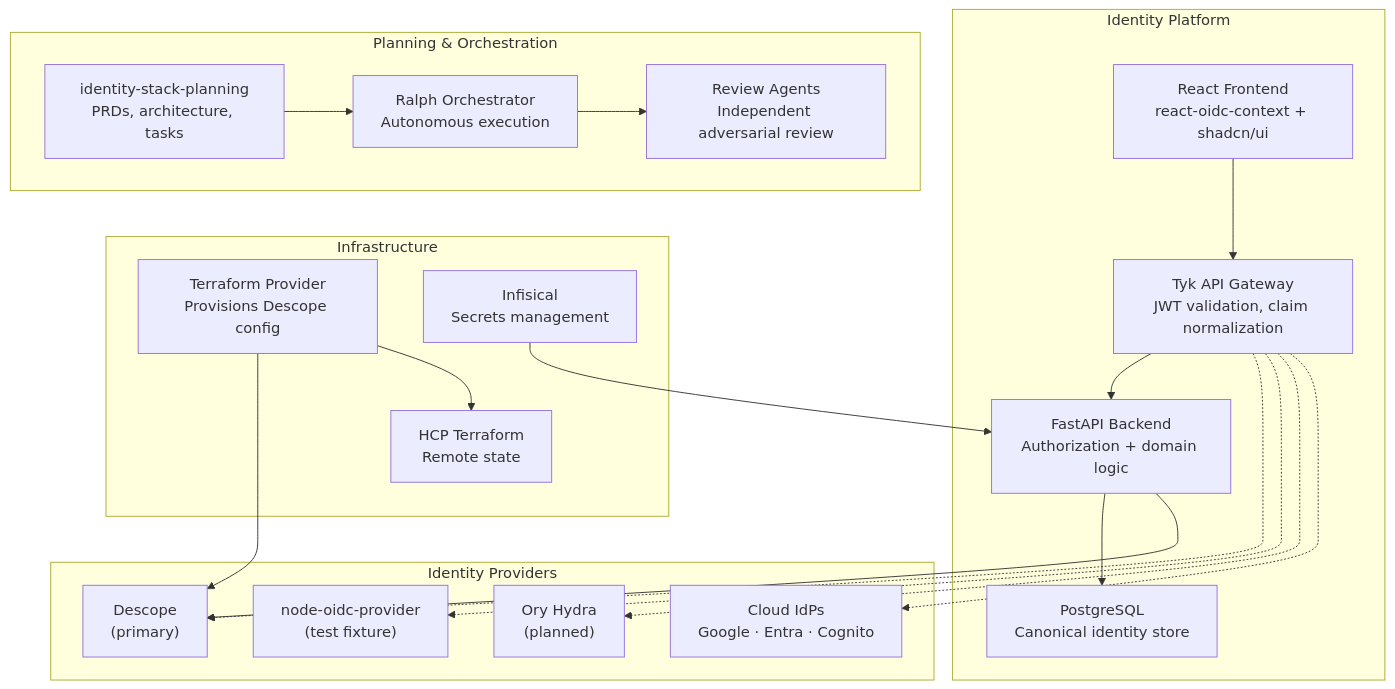
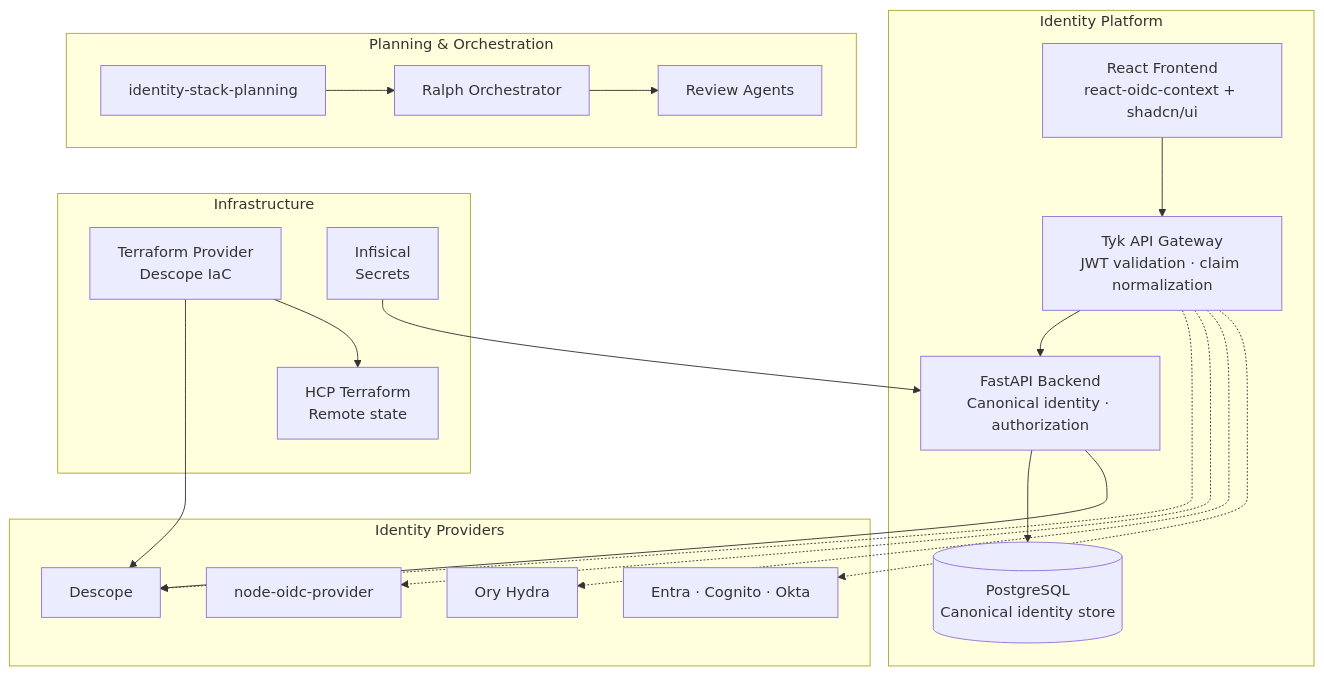
The first of 4 diagrams in README.md (jamescrowley321/identity-stack-planning), drawn with Mermaid before and after one commit. The commit also changed other lines of this file and 13 other files, not shown here.

````diff
--- a/README.md
+++ b/README.md
@@ -11,42 +11,35 @@
 ```mermaid
 graph TB
     subgraph app["Identity Platform"]
         FE["React Frontend<br/>react-oidc-context + shadcn/ui"]
-        GW["Tyk API Gateway<br/>JWT validation, claim normalization"]
-        BE["FastAPI Backend<br/>Authorization + domain logic"]
-        DB["PostgreSQL<br/>Canonical identity store"]
+        GW["Tyk API Gateway<br/>JWT validation · claim normalization"]
+        BE["FastAPI Backend<br/>Canonical identity · authorization"]
+        DB[("PostgreSQL<br/>Canonical identity store")]
     end
 
     subgraph providers["Identity Providers"]
-        DESC["Descope<br/>(primary)"]
-        OIDC["node-oidc-provider<br/>(test fixture)"]
-        ORY["Ory Hydra<br/>(planned)"]
-        CLOUD["Cloud IdPs<br/>Google · Entra · Cognito"]
+        DESC["Descope"]
+        OIDC["node-oidc-provider"]
+        ORY["Ory Hydra"]
+        CLOUD["Entra · Cognito · Okta"]
     end
 
     subgraph infra["Infrastructure"]
-        TF["Terraform Provider<br/>Provisions Descope config"]
-        INF["Infisical<br/>Secrets management"]
+        TF["Terraform Provider<br/>Descope IaC"]
+        INF["Infisical<br/>Secrets"]
         HCP["HCP Terraform<br/>Remote state"]
     end
 
     subgraph planning["Planning & Orchestration"]
-        AP["identity-stack-planning<br/>PRDs, architecture, tasks"]
-        RALPH["Ralph Orchestrator<br/>Autonomous execution"]
-        REVIEW["Review Agents<br/>Independent adversarial review"]
+        AP["identity-stack-planning"]
+        RALPH["Ralph Orchestrator"]
+        REVIEW["Review Agents"]
     end
 
-    FE --> GW
-    GW --> BE
-    BE --> DB
-    GW -.-> DESC
-    GW -.-> OIDC
-    GW -.-> ORY
-    GW -.-> CLOUD
+    FE --> GW --> BE --> DB
+    GW -.-> DESC & OIDC & ORY & CLOUD
     BE --> DESC
-    TF --> DESC
-    TF --> HCP
+    TF --> DESC & HCP
     INF --> BE
-    AP --> RALPH
-    RALPH --> REVIEW
+    AP --> RALPH --> REVIEW
 ```
````
